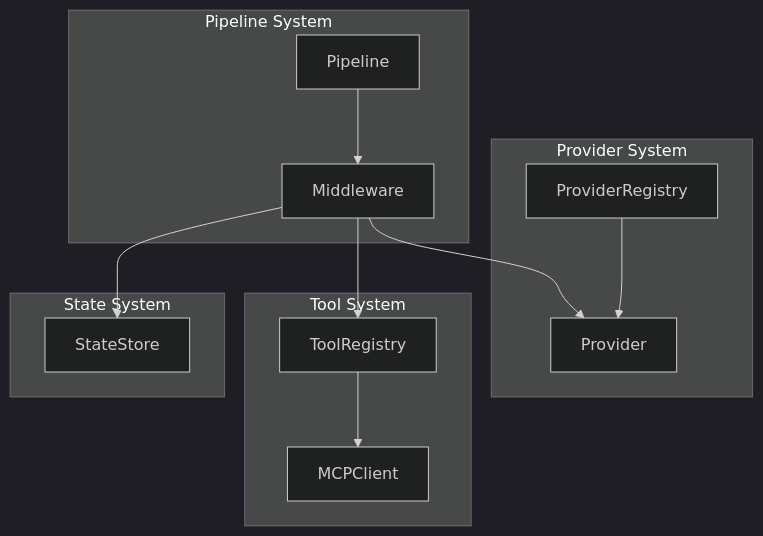
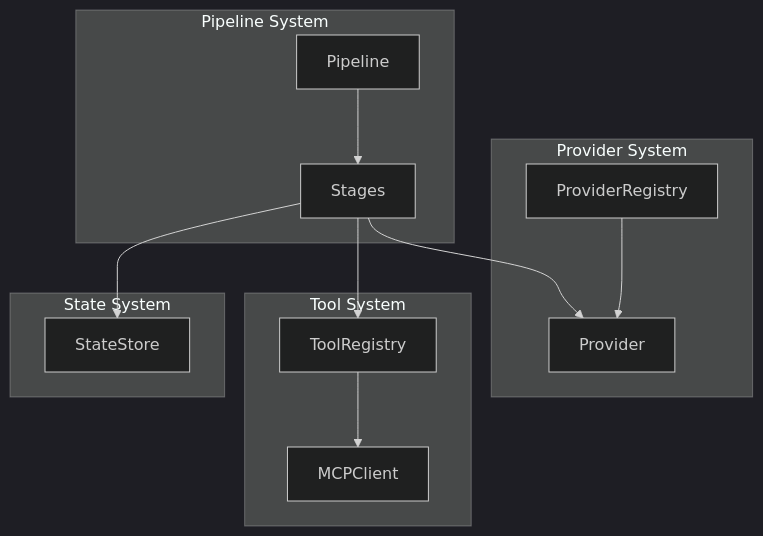
One commit to AltairaLabs/PromptKit changed the fourth of 4 diagrams in docs/src/content/architecture/runtime-pipeline.md. Above: the diagram before and after it, drawn with Mermaid (dark theme). The commit also changed other lines of this file and 21 other files, not shown here.

````diff
--- a/docs/src/content/architecture/runtime-pipeline.md
+++ b/docs/src/content/architecture/runtime-pipeline.md
@@ -407,28 +612,28 @@
 ```mermaid
 graph TB
     subgraph "Pipeline System"
         Pipeline
-        Middleware
+        Stages
     end
 
     subgraph "Provider System"
         ProviderRegistry
         Provider
     end
 
     subgraph "Tool System"
         ToolRegistry
         MCPClient
     end
 
     subgraph "State System"
         StateStore
     end
 
-    Pipeline --> Middleware
-    Middleware --> Provider
-    Middleware --> ToolRegistry
-    Middleware --> StateStore
+    Pipeline --> Stages
+    Stages --> Provider
+    Stages --> ToolRegistry
+    Stages --> StateStore
     ProviderRegistry --> Provider
     ToolRegistry --> MCPClient
 ```
````
